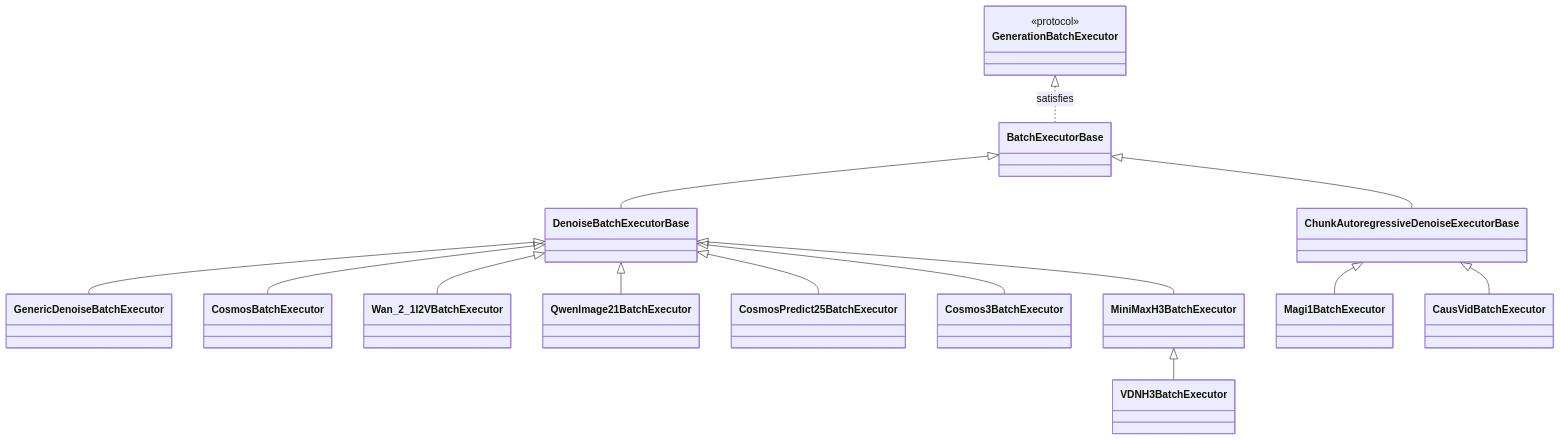
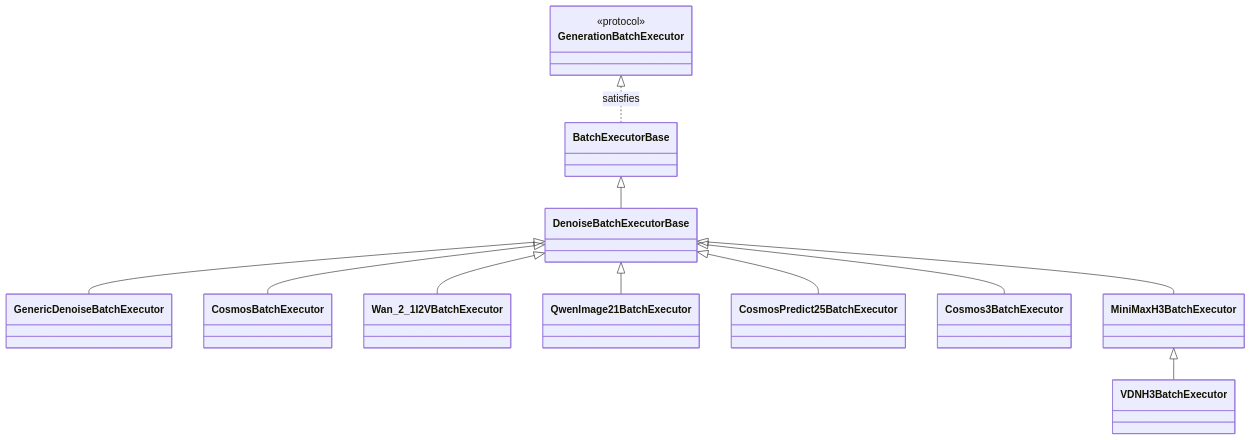
One commit to guoriyue/VRL changed the second of 3 diagrams in docs/ENGINE_ARCHITECTURE.md. Above: the diagram before and after it, drawn with Mermaid. The commit also changed other lines of this file and 81 other files, not shown here.

````diff
--- a/docs/ENGINE_ARCHITECTURE.md
+++ b/docs/ENGINE_ARCHITECTURE.md
@@ -151,21 +151,17 @@
 ```mermaid
 classDiagram
     class GenerationBatchExecutor { <<protocol>> }
     class BatchExecutorBase
     class DenoiseBatchExecutorBase
     class GenericDenoiseBatchExecutor
-    class ChunkAutoregressiveDenoiseExecutorBase
     GenerationBatchExecutor <|.. BatchExecutorBase : satisfies
     BatchExecutorBase <|-- DenoiseBatchExecutorBase
-    BatchExecutorBase <|-- ChunkAutoregressiveDenoiseExecutorBase
     DenoiseBatchExecutorBase <|-- GenericDenoiseBatchExecutor
     DenoiseBatchExecutorBase <|-- CosmosBatchExecutor
     DenoiseBatchExecutorBase <|-- Wan_2_1I2VBatchExecutor
     DenoiseBatchExecutorBase <|-- QwenImage21BatchExecutor
     DenoiseBatchExecutorBase <|-- CosmosPredict25BatchExecutor
     DenoiseBatchExecutorBase <|-- Cosmos3BatchExecutor
     DenoiseBatchExecutorBase <|-- MiniMaxH3BatchExecutor
     MiniMaxH3BatchExecutor <|-- VDNH3BatchExecutor
-    ChunkAutoregressiveDenoiseExecutorBase <|-- Magi1BatchExecutor
-    ChunkAutoregressiveDenoiseExecutorBase <|-- CausVidBatchExecutor
 ```
````
